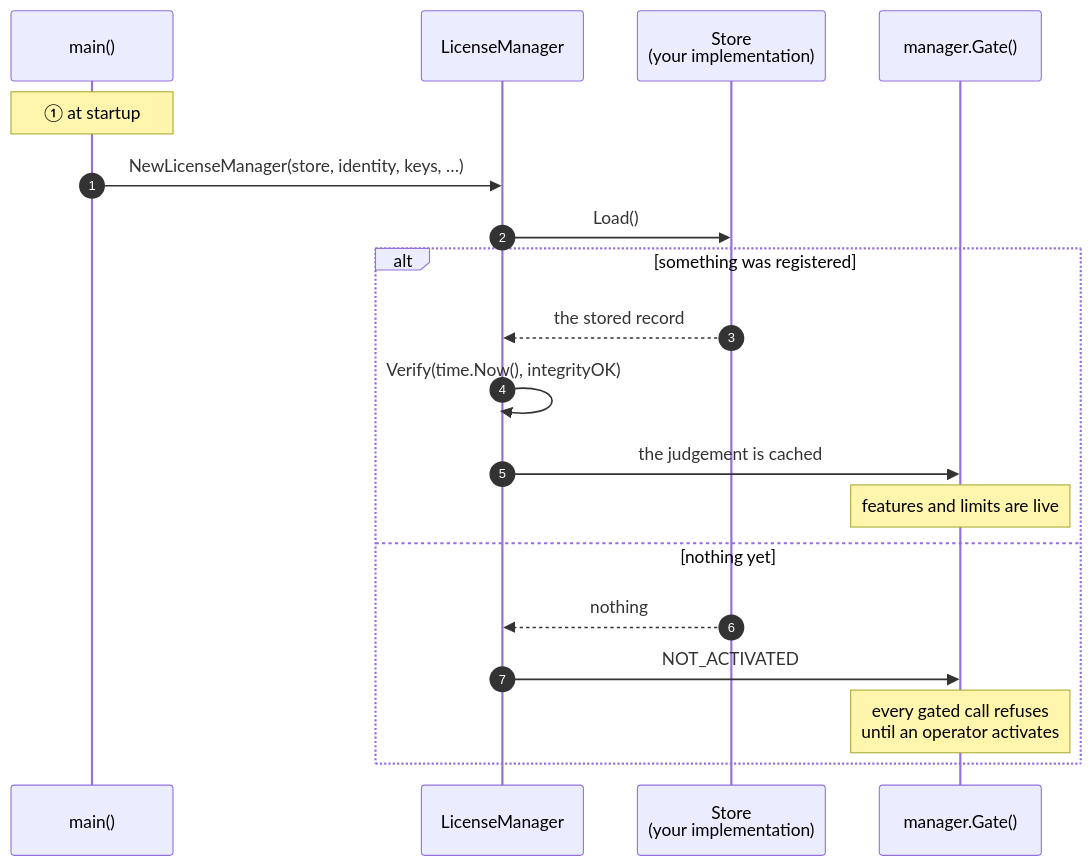
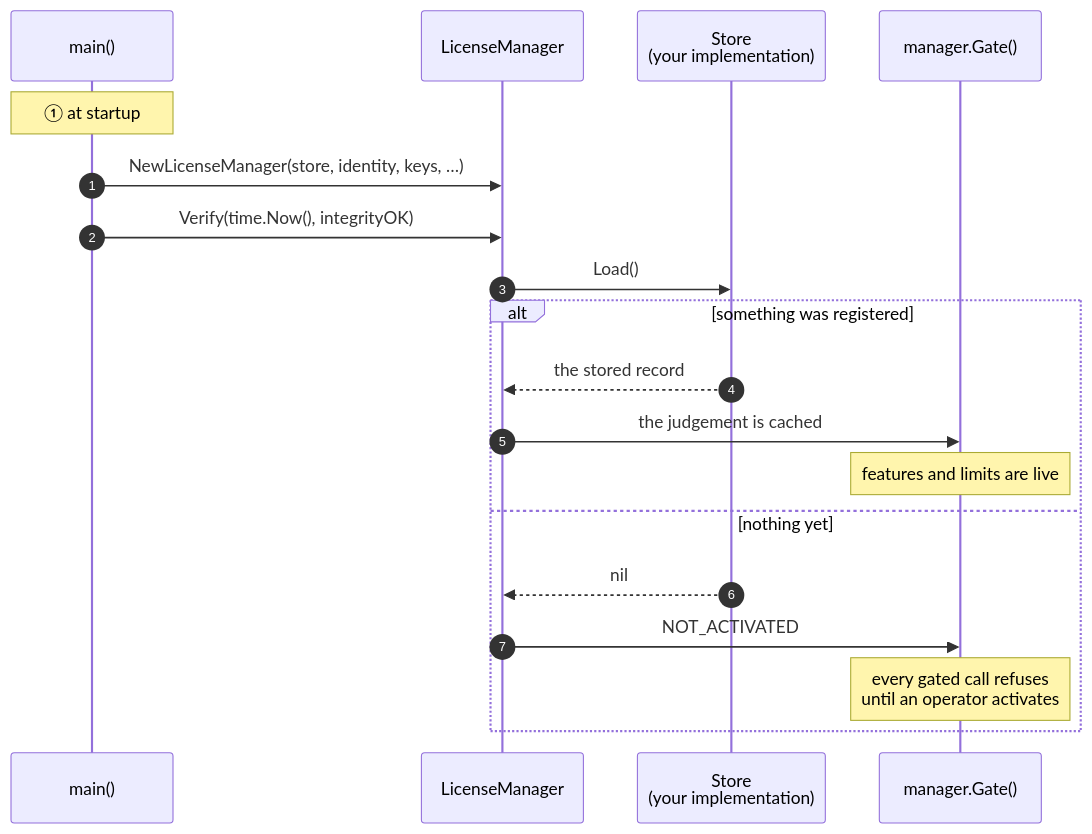
The first of 2 diagrams in docs/manual/en/go.md (accesscore-dev/accesscore-license-sdk-dist), drawn with Mermaid before and after one commit. The commit also changed other lines of this file and 28 other files, not shown here.

````diff
--- a/docs/manual/en/go.md
+++ b/docs/manual/en/go.md
@@ -8,22 +8,22 @@
 ```mermaid
 sequenceDiagram
     autonumber
     participant Boot as main()
     participant Mgr as LicenseManager
     participant Store as Store<br/>(your implementation)
     participant Gate as manager.Gate()
 
     Note over Boot: ① at startup
     Boot->>Mgr: NewLicenseManager(store, identity, keys, …)
+    Boot->>Mgr: Verify(time.Now(), integrityOK)
     Mgr->>Store: Load()
     alt something was registered
         Store-->>Mgr: the stored record
-        Mgr->>Mgr: Verify(time.Now(), integrityOK)
         Mgr->>Gate: the judgement is cached
         Note over Gate: features and limits are live
     else nothing yet
-        Store-->>Mgr: nothing
+        Store-->>Mgr: nil
         Mgr->>Gate: NOT_ACTIVATED
         Note over Gate: every gated call refuses<br/>until an operator activates
     end
 ```
````
